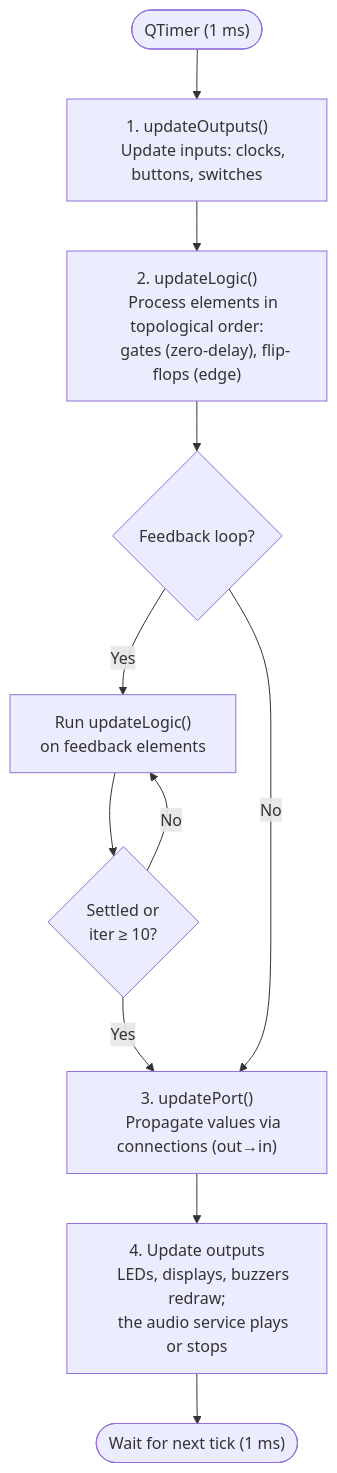
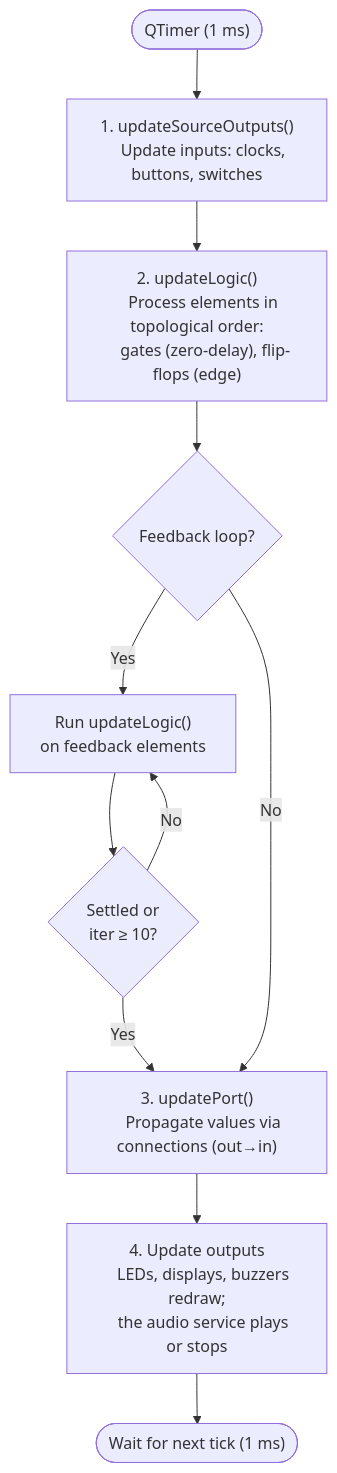
The diagram in DEVELOPER_GUIDE.md (GIBIS-UNIFESP/wiRedPanda), drawn with Mermaid before and after one commit. The commit also changed other lines of this file and 65 other files, not shown here.

````diff
--- a/DEVELOPER_GUIDE.md
+++ b/DEVELOPER_GUIDE.md
@@ -794,27 +796,27 @@
 ```mermaid
 flowchart TD
     timer(["QTimer (1 ms)"])
-    step1["1. updateOutputs()
+    step1["1. updateSourceOutputs()
     Update inputs: clocks, buttons, switches"]
     step2["2. updateLogic()
     Process elements in topological order:
     gates (zero-delay), flip-flops (edge)"]
     feedback{"Feedback loop?"}
     run_logic["Run updateLogic()
     on feedback elements"]
     settled{"Settled or
     iter ≥ 10?"}
     step3["3. updatePort()
     Propagate values via connections (out→in)"]
     step4["4. Update outputs
     LEDs, displays, buzzers redraw;
     the audio service plays or stops"]
     wait(["Wait for next tick (1 ms)"])
 
     timer --> step1 --> step2 --> feedback
     feedback -- Yes --> run_logic --> settled
     settled -- No --> run_logic
     settled -- Yes --> step3
     feedback -- No --> step3
     step3 --> step4 --> wait
 ```
````
